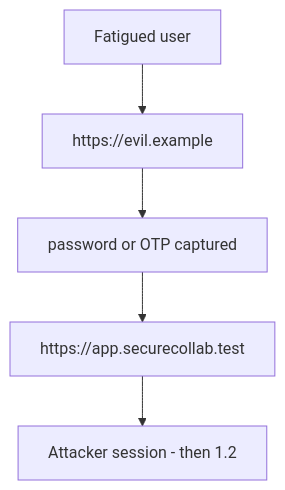
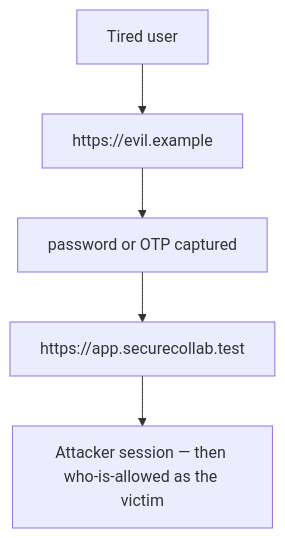
One commit to ishitvagoel/LearnSecurity changed the first of 2 diagrams in content/modules/4/4.2/lessons/01-property.md. Above: the diagram before and after it, drawn with Mermaid. The commit also changed other lines of this file and 39 other files, not shown here.

````diff
--- a/content/modules/4/4.2/lessons/01-property.md
+++ b/content/modules/4/4.2/lessons/01-property.md
@@ -19,7 +18,7 @@
 ```mermaid
 flowchart TD
-  User[Fatigued user] --> Evil["https://evil.example"]
+  User[Tired user] --> Evil["https://evil.example"]
   Evil --> Pw["password or OTP captured"]
   Pw --> Real["https://app.securecollab.test"]
-  Real --> Session["Attacker session - then 1.2"]
+  Real --> Session["Attacker session — then who-is-allowed as the victim"]
 ```
````
